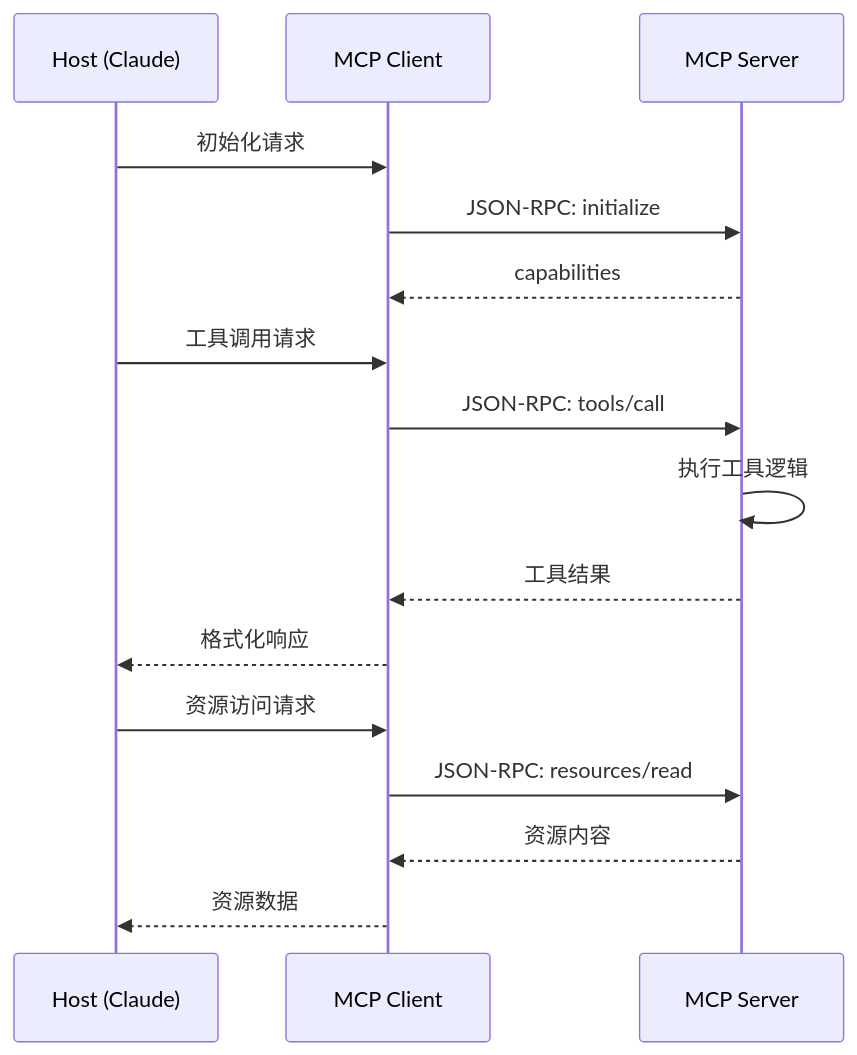
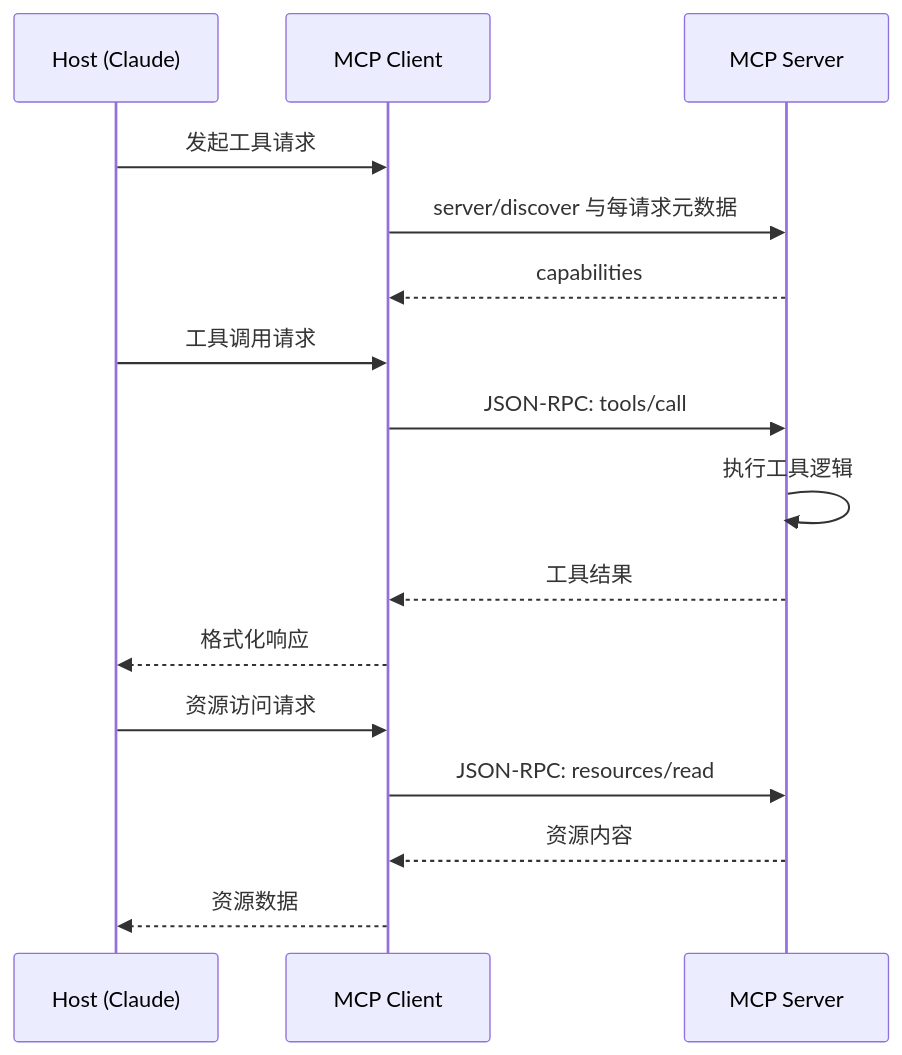
Before and after one commit to Shyu-x/frontend-interview: the ninth of 12 diagrams in docs/open-source/ai-agents/agent-infrastructure.md, drawn with Mermaid. The commit also changed other lines of this file and 132 other files, not shown here.

````diff
--- a/docs/open-source/ai-agents/agent-infrastructure.md
+++ b/docs/open-source/ai-agents/agent-infrastructure.md
@@ -1254,21 +1128,21 @@
 ```mermaid
 sequenceDiagram
     participant H as Host (Claude)
     participant C as MCP Client
     participant S as MCP Server
     
-    H->>C: 初始化请求
-    C->>S: JSON-RPC: initialize
+    H->>C: 发起工具请求
+    C->>S: server/discover 与每请求元数据
     S-->>C: capabilities
     
     H->>C: 工具调用请求
     C->>S: JSON-RPC: tools/call
     S->>S: 执行工具逻辑
     S-->>C: 工具结果
     C-->>H: 格式化响应
     
     H->>C: 资源访问请求
     C->>S: JSON-RPC: resources/read
     S-->>C: 资源内容
     C-->>H: 资源数据
 ```
````
